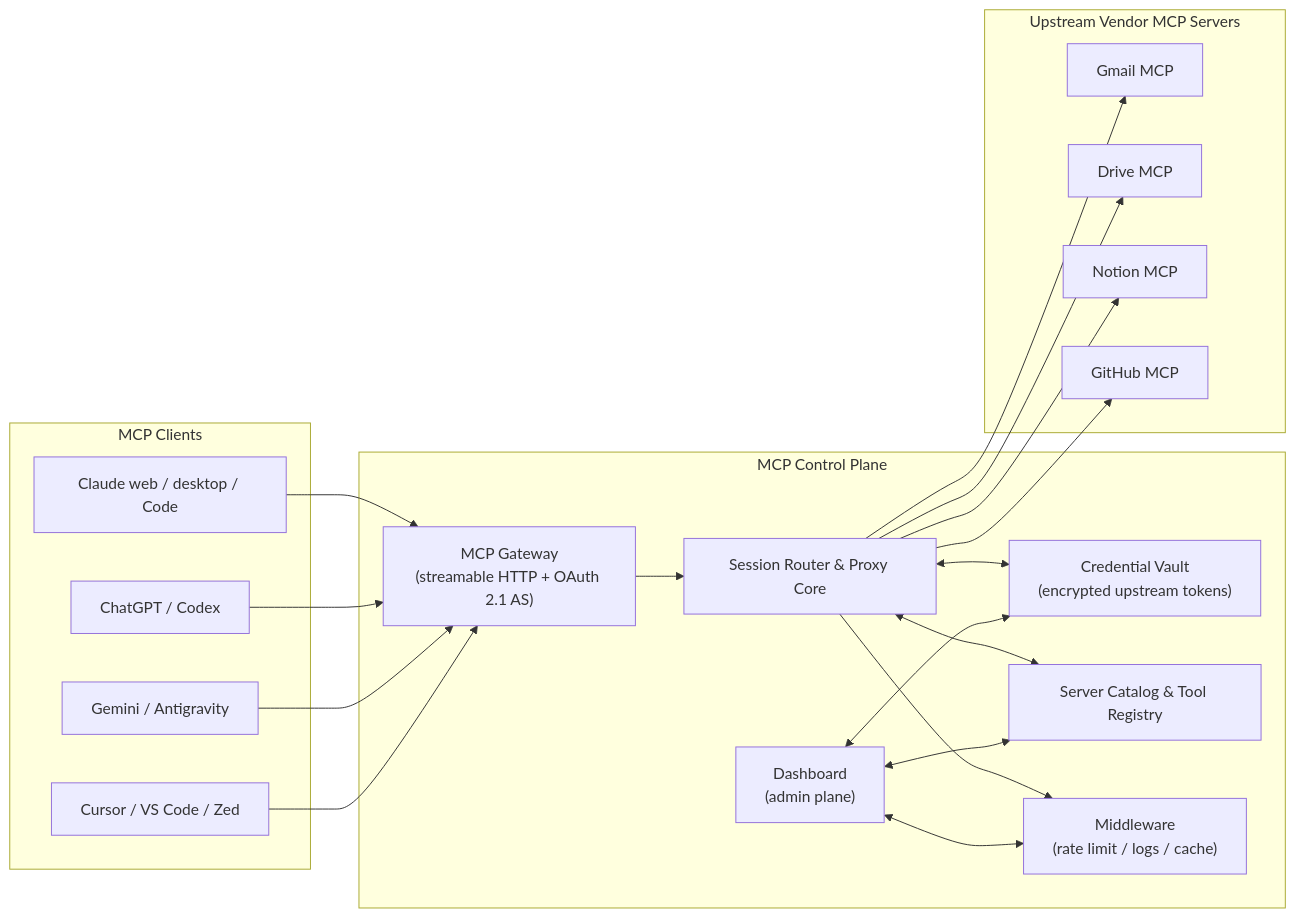
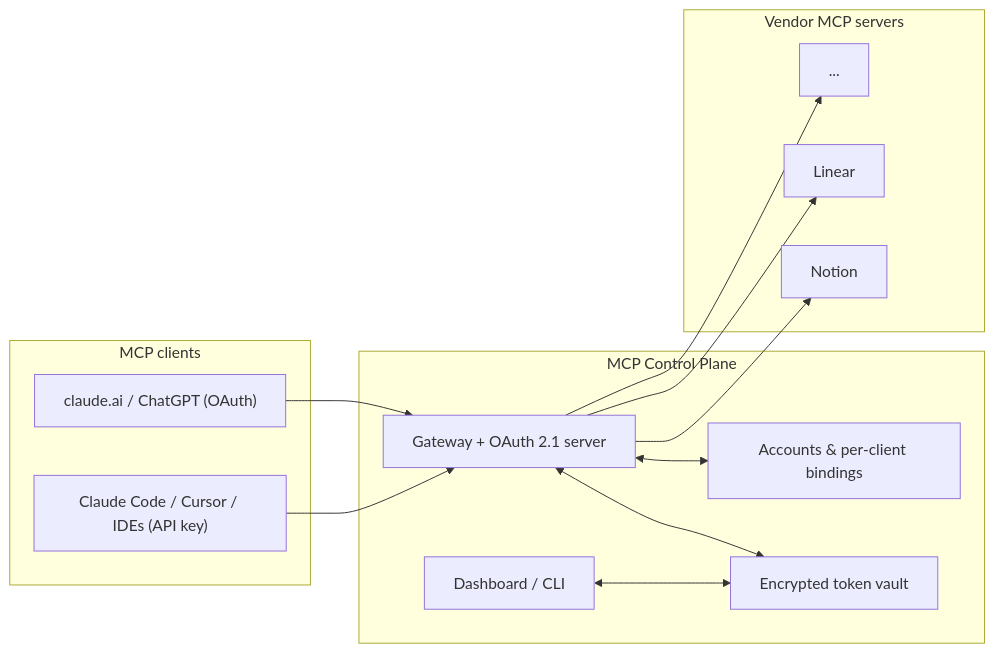
Before and after one commit to esannihith/MCP-Control-Plane: the diagram in README.md, drawn with Mermaid. The commit also changed other lines of this file, not shown here.

````diff
--- a/README.md
+++ b/README.md
@@ -25,41 +20,29 @@
 ```mermaid
 flowchart LR
-    subgraph clients["MCP Clients"]
-        C1["Claude web / desktop / Code"]
-        C2["ChatGPT / Codex"]
-        C3["Gemini / Antigravity"]
-        C4["Cursor / VS Code / Zed"]
+    subgraph clients["MCP clients"]
+        C1["claude.ai / ChatGPT (OAuth)"]
+        C2["Claude Code / Cursor / IDEs (API key)"]
     end
 
     subgraph cp["MCP Control Plane"]
-        GW["MCP Gateway<br/>(streamable HTTP + OAuth 2.1 AS)"]
-        RTR["Session Router &amp; Proxy Core"]
-        VAULT["Credential Vault<br/>(encrypted upstream tokens)"]
-        CAT["Server Catalog &amp; Tool Registry"]
-        MW["Middleware<br/>(rate limit / logs / cache)"]
-        DASH["Dashboard<br/>(admin plane)"]
+        GW["Gateway + OAuth 2.1 server"]
+        VAULT["Encrypted token vault"]
+        BIND["Accounts & per-client bindings"]
+        DASH["Dashboard / CLI"]
     end
 
-    subgraph upstream["Upstream Vendor MCP Servers"]
-        U1["Gmail MCP"]
-        U2["Drive MCP"]
-        U3["Notion MCP"]
-        U4["GitHub MCP"]
+    subgraph vendors["Vendor MCP servers"]
+        V1["Notion"]
+        V2["Linear"]
+        V3["..."]
     end
 
     C1 --> GW
     C2 --> GW
-    C3 --> GW
-    C4 --> GW
-    GW --> RTR
-    RTR --> MW
-    RTR <--> VAULT
-    RTR <--> CAT
+    GW <--> VAULT
+    GW <--> BIND
     DASH <--> VAULT
-    DASH <--> CAT
-    DASH <--> MW
-    RTR --> U1
-    RTR --> U2
-    RTR --> U3
-    RTR --> U4
+    GW --> V1
+    GW --> V2
+    GW --> V3
 ```
````
